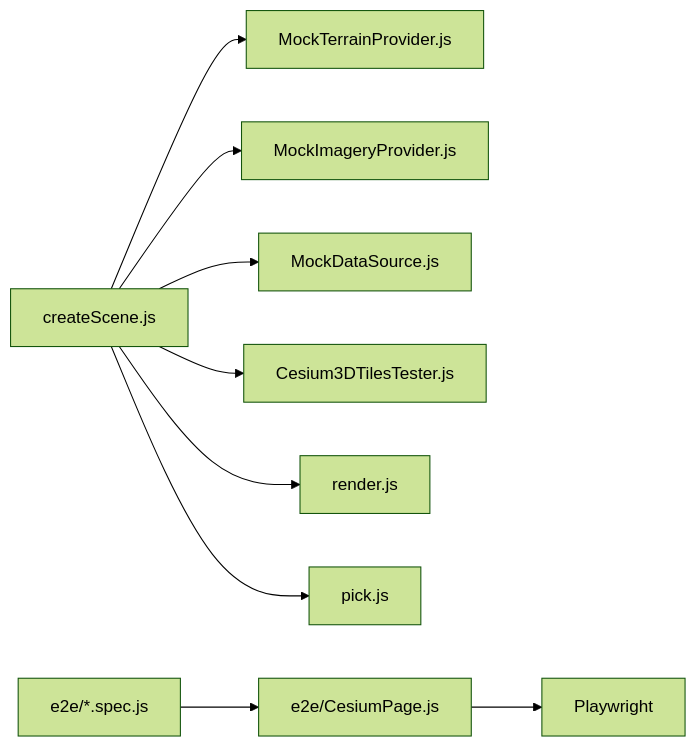
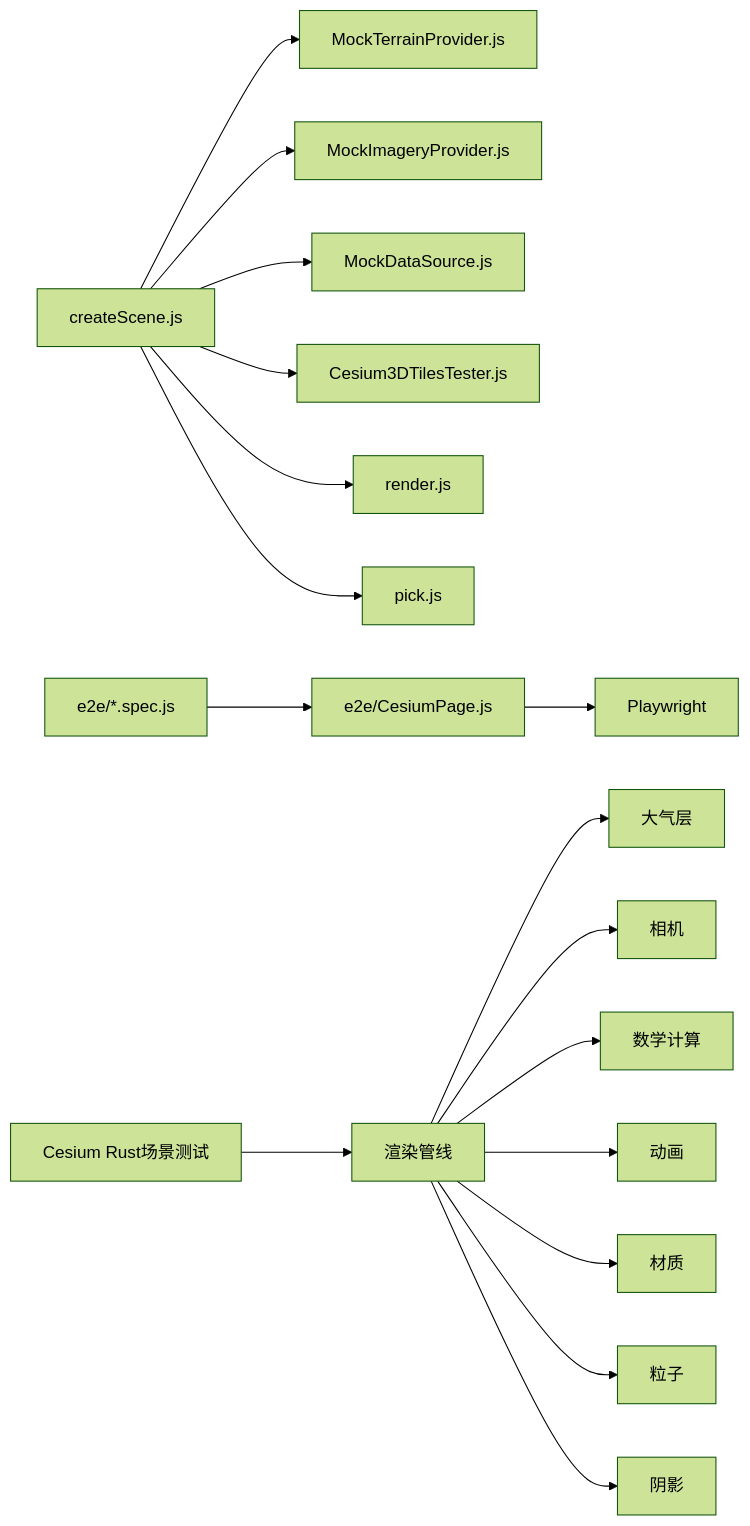
The ninth of 9 diagrams in .qoder/repowiki/zh/content/测试与调试/集成测试.md (rzhangjing/cesium), drawn with Mermaid (forest theme) before and after one commit. The commit also changed other lines of this file and 16 other files, not shown here.

````diff
--- a/.qoder/repowiki/zh/content/测试与调试/集成测试.md
+++ b/.qoder/repowiki/zh/content/测试与调试/集成测试.md
@@ -368,11 +479,19 @@
 ```mermaid
 graph LR
 Scene["createScene.js"] --> Terrain["MockTerrainProvider.js"]
 Scene --> Imagery["MockImageryProvider.js"]
 Scene --> DataSource["MockDataSource.js"]
 Scene --> Tiles["Cesium3DTilesTester.js"]
 Scene --> Render["render.js"]
 Scene --> Pick["pick.js"]
 E2E["e2e/*.spec.js"] --> Page["e2e/CesiumPage.js"]
 Page --> Browser["Playwright"]
+RustTests["Cesium Rust场景测试"] --> Rendering["渲染管线"]
+Rendering --> Atmosphere["大气层"]
+Rendering --> Camera["相机"]
+Rendering --> Math["数学计算"]
+Rendering --> Animation["动画"]
+Rendering --> Material["材质"]
+Rendering --> Particles["粒子"]
+Rendering --> Shadow["阴影"]
 ```
````
